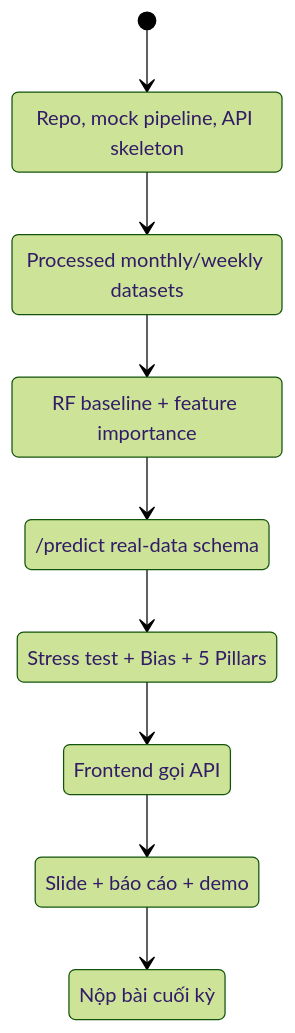
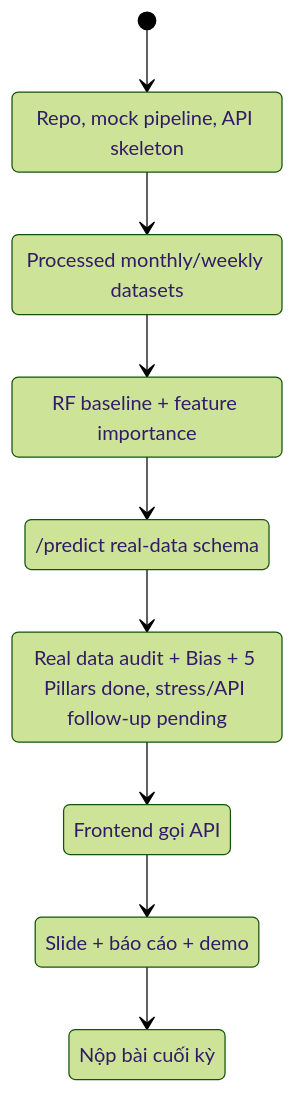
The seventh of 8 diagrams in docs/project-roadmap.md (uit-25730067-chithanh/AI002-Team22-DT10), drawn with Mermaid (forest theme) before and after one commit. The commit also changed other lines of this file and 3 other files, not shown here.

First line of the commit message:
docs: sync roadmap with Son evaluation pack

````diff
--- a/docs/project-roadmap.md
+++ b/docs/project-roadmap.md
@@ -190,20 +192,20 @@
 ```mermaid
 stateDiagram-v2
     [*] --> Foundation
     Foundation --> RealData
     RealData --> BaselineModel
     BaselineModel --> APIContract
     APIContract --> Evaluation
     Evaluation --> FrontendIntegration
     FrontendIntegration --> ReportAndDemo
     ReportAndDemo --> Submission
 
     Foundation: Repo, mock pipeline, API skeleton
     RealData: Processed monthly/weekly datasets
     BaselineModel: RF baseline + feature importance
     APIContract: /predict real-data schema
-    Evaluation: Stress test + Bias + 5 Pillars
+    Evaluation: Real data audit + Bias + 5 Pillars done, stress/API follow-up pending
     FrontendIntegration: Frontend gọi API
     ReportAndDemo: Slide + báo cáo + demo
     Submission: Nộp bài cuối kỳ
 ```
````
